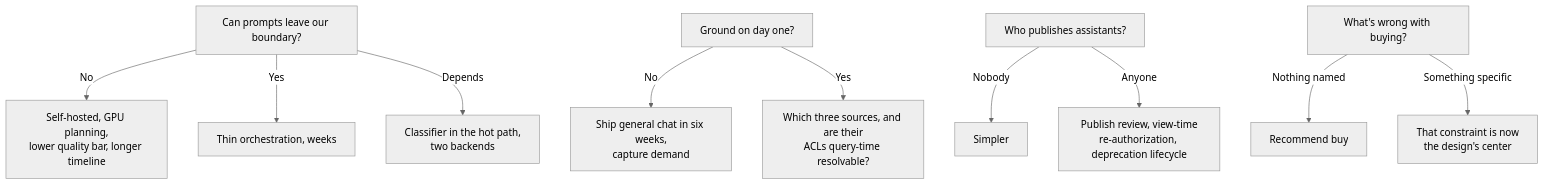
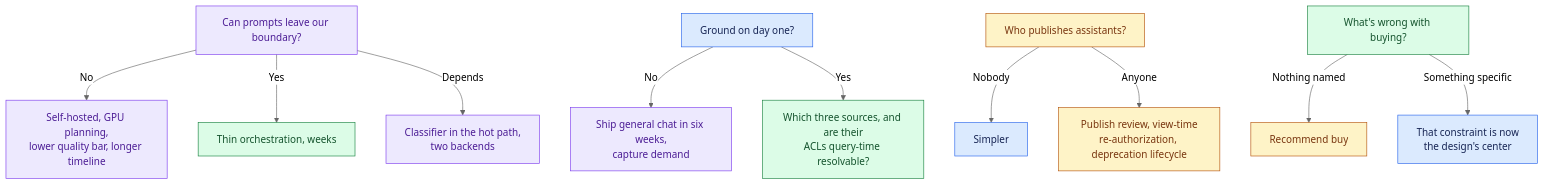
The diagram in site/content/modules/15-fde-case-studies/standalone-designs/enterprise-chatbot-platform/tutorial-v2.md (Sourav692/Forward-Deployed-Engineer-Interview-Prep), drawn with Mermaid (neutral theme) before and after one commit. The commit also changed 1268 other files, not shown here.

First line of the commit message:
content: polish Casebook writing and Mermaid diagrams (#251)

````diff
--- a/site/content/modules/15-fde-case-studies/standalone-designs/enterprise-chatbot-platform/tutorial-v2.md
+++ b/site/content/modules/15-fde-case-studies/standalone-designs/enterprise-chatbot-platform/tutorial-v2.md
@@ -206,12 +206,22 @@
 ```mermaid
 flowchart TD
     A["Can prompts leave our boundary?"] -->|"No"| B["Self-hosted, GPU planning,\nlower quality bar, longer timeline"]
     A -->|"Yes"| C["Thin orchestration, weeks"]
     A -->|"Depends"| D["Classifier in the hot path,\ntwo backends"]
     E["Ground on day one?"] -->|"No"| F["Ship general chat in six weeks,\ncapture demand"]
     E -->|"Yes"| G["Which three sources, and are their\nACLs query-time resolvable?"]
     H["Who publishes assistants?"] -->|"Nobody"| I["Simpler"]
     H -->|"Anyone"| J["Publish review, view-time\nre-authorization, deprecation lifecycle"]
     K["What's wrong with buying?"] -->|"Nothing named"| L["Recommend buy"]
     K -->|"Something specific"| M["That constraint is now\nthe design's center"]
+
+    %% Casebook colours: entry, reasoning, results, controls, and stopped paths.
+    classDef cbReason fill:#ede9fe,stroke:#7c3aed,color:#4c1d95
+    class A,B,D,F cbReason
+    classDef cbAction fill:#dcfce7,stroke:#15803d,color:#14532d
+    class C,G,K cbAction
+    classDef cbInput fill:#dbeafe,stroke:#2563eb,color:#172554
+    class E,I,M cbInput
+    classDef cbPolicy fill:#fef3c7,stroke:#b45309,color:#78350f
+    class H,J,L cbPolicy
 ```
````
